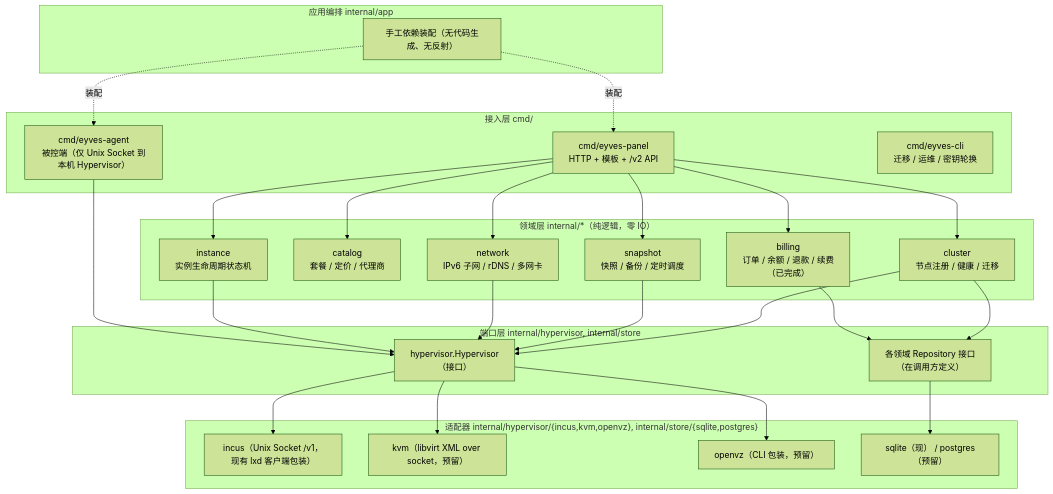
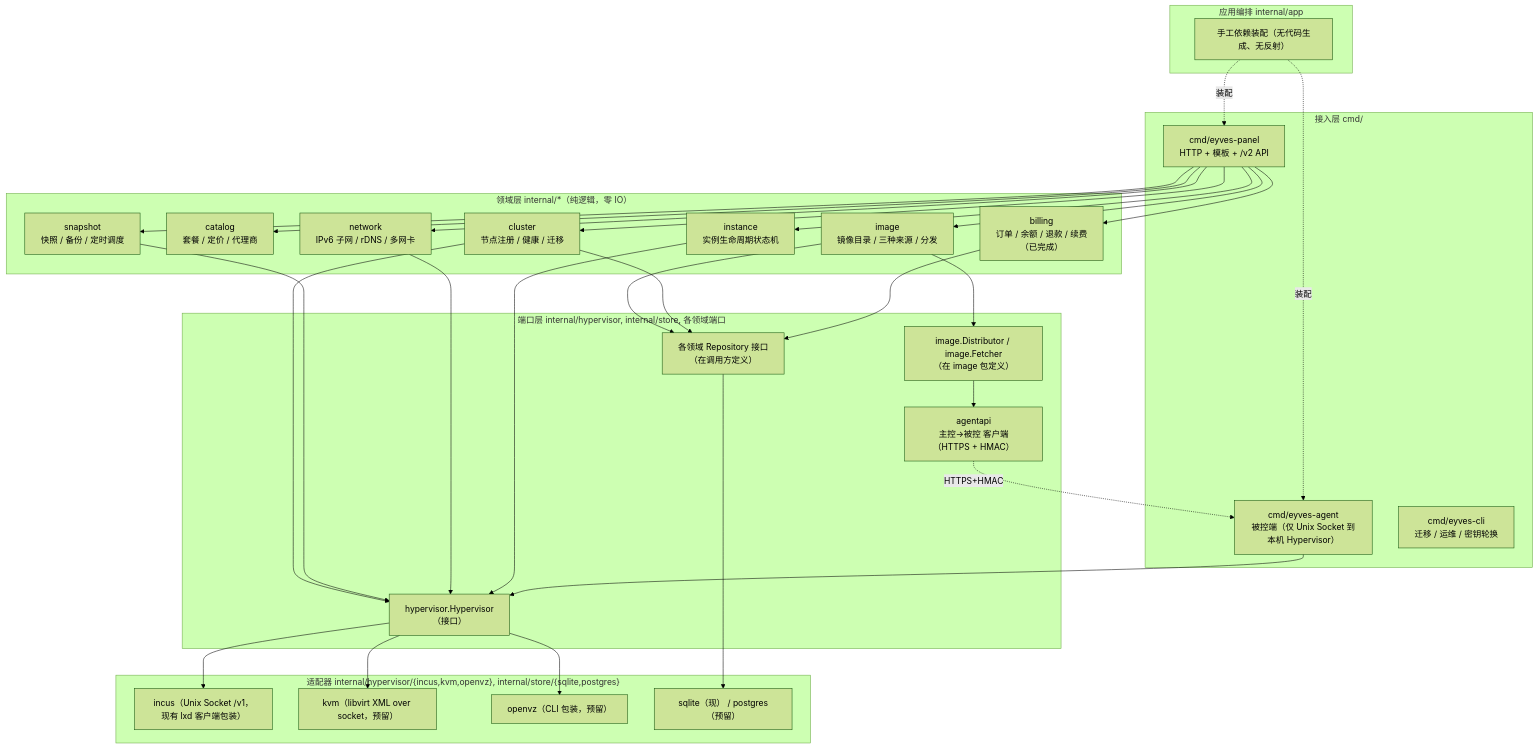
One commit to FenhaoLost/eyves-vm changed the first of 5 diagrams in docs/02-architecture.md. Above: the diagram before and after it, drawn with Mermaid (forest theme). The commit also changed other lines of this file and 7 other files, not shown here.

First line of the commit message:
feat(docs): 补全 internal/image 镜像与模板模块设计

````diff
--- a/docs/02-architecture.md
+++ b/docs/02-architecture.md
@@ -14,44 +14,50 @@
 ```mermaid
 flowchart TB
     subgraph edge["接入层 cmd/"]
         PANEL["cmd/eyves-panel\nHTTP + 模板 + /v2 API"]
         AGENT["cmd/eyves-agent\n被控端（仅 Unix Socket 到本机 Hypervisor）"]
         CLI["cmd/eyves-cli\n迁移 / 运维 / 密钥轮换"]
     end
 
     subgraph app["应用编排 internal/app"]
         WIRE["手工依赖装配（无代码生成、无反射）"]
     end
 
     subgraph domain["领域层 internal/*（纯逻辑，零 IO）"]
         BILL["billing\n订单 / 余额 / 退款 / 续费\n（已完成）"]
         CAT["catalog\n套餐 / 定价 / 代理商"]
         INST["instance\n实例生命周期状态机"]
+        IMG["image\n镜像目录 / 三种来源 / 分发"]
         NET["network\nIPv6 子网 / rDNS / 多网卡"]
         SNAP["snapshot\n快照 / 备份 / 定时调度"]
         CLUS["cluster\n节点注册 / 健康 / 迁移"]
     end
 
-    subgraph port["端口层 internal/hypervisor, internal/store"]
+    subgraph port["端口层 internal/hypervisor, internal/store, 各领域端口"]
         HV["hypervisor.Hypervisor\n（接口）"]
         REPO["各领域 Repository 接口\n（在调用方定义）"]
+        IGPORT["image.Distributor / image.Fetcher\n（在 image 包定义）"]
+        AGAPI["agentapi\n主控→被控 客户端（HTTPS + HMAC）"]
     end
 
     subgraph adapters["适配器 internal/hypervisor/{incus,kvm,openvz}, internal/store/{sqlite,postgres}"]
         INCUS["incus（Unix Socket /v1，现有 lxd 客户端包装）"]
         KVM["kvm（libvirt XML over socket，预留）"]
         OVZ["openvz（CLI 包装，预留）"]
         DB["sqlite（现） / postgres（预留）"]
     end
 
     AGENT --> HV
-    PANEL --> BILL & CAT & INST & NET & SNAP & CLUS
+    PANEL --> BILL & CAT & INST & IMG & NET & SNAP & CLUS
     BILL --> REPO
     INST --> HV
     NET --> HV
     SNAP --> HV
     CLUS --> HV & REPO
+    IMG --> REPO & IGPORT
+    IGPORT --> AGAPI
+    AGAPI -.HTTPS+HMAC.-> AGENT
     HV --> INCUS & KVM & OVZ
     REPO --> DB
     WIRE -.装配.-> PANEL & AGENT
 ```
````
